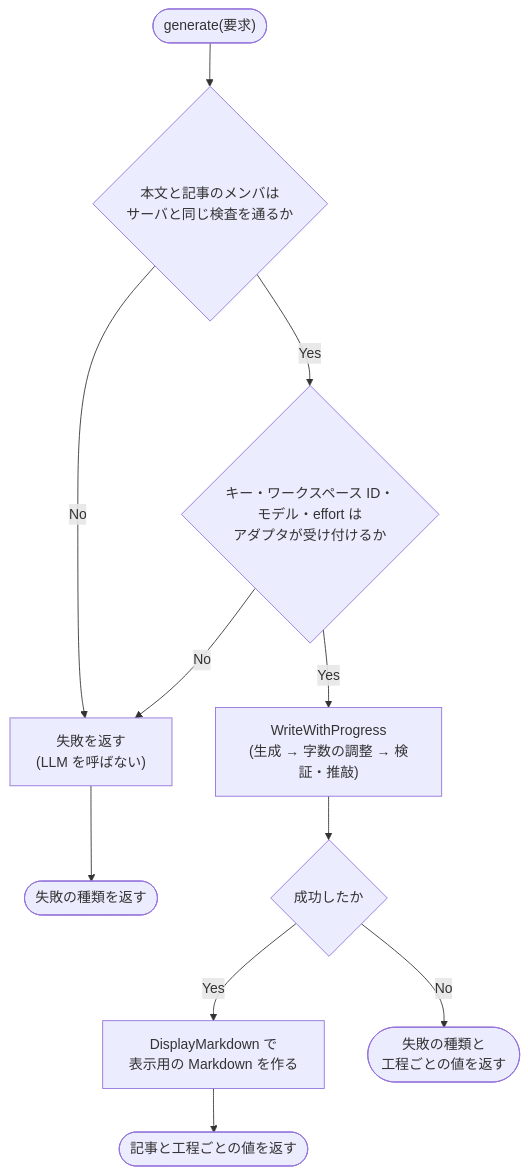
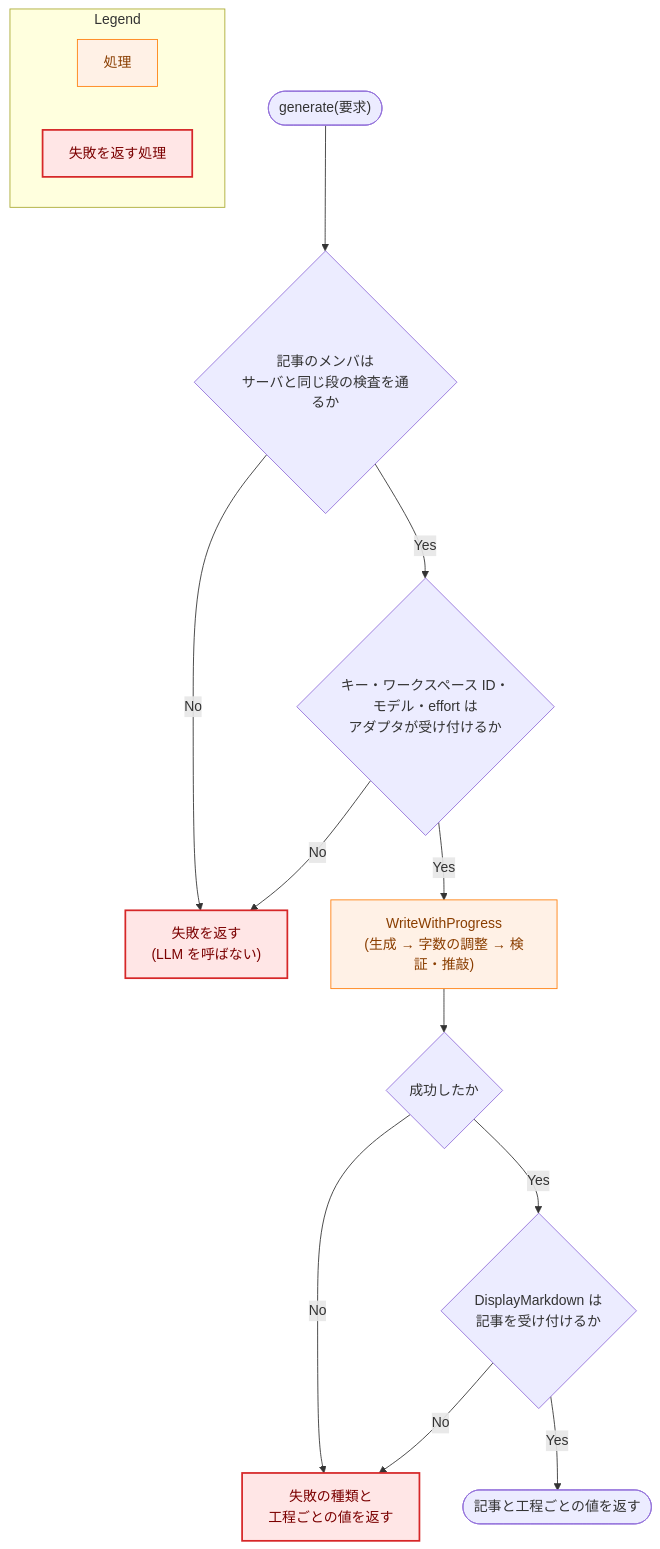
One commit to isseis/yt2column changed the seventh of 8 diagrams in docs/tasks/0084_wasm_pipeline_poc/02_architecture.md. Above: the diagram before and after it, drawn with Mermaid. The commit also changed other lines of this file and 2 other files, not shown here.

First line of the commit message:
docs(0084): address the architecture review and the Japanese prose pass

````diff
--- a/docs/tasks/0084_wasm_pipeline_poc/02_architecture.md
+++ b/docs/tasks/0084_wasm_pipeline_poc/02_architecture.md
@@ -570,13 +736,26 @@
 ```mermaid
 flowchart TD
-    Start(["generate(要求)"]) --> Body{"本文と記事のメンバは<br>サーバと同じ検査を通るか"}
+    classDef process fill:#fff1e6,stroke:#ff7f0e,stroke-width:1px,color:#8a3e00;
+    classDef problem fill:#ffe6e6,stroke:#d62728,stroke-width:2px,color:#7b0000;
+
+    Start(["generate(要求)"]) --> Body{"記事のメンバは<br>サーバと同じ段の検査を通るか"}
     Body -->|"No"| Reject["失敗を返す<br>(LLM を呼ばない)"]
     Body -->|"Yes"| Cfg{"キー・ワークスペース ID・<br>モデル・effort は<br>アダプタが受け付けるか"}
     Cfg -->|"No"| Reject
     Cfg -->|"Yes"| Write["WriteWithProgress<br>(生成 → 字数の調整 → 検証・推敲)"]
     Write --> Ok{"成功したか"}
-    Ok -->|"Yes"| Md["DisplayMarkdown で<br>表示用の Markdown を作る"]
-    Md --> Done(["記事と工程ごとの値を返す"])
-    Ok -->|"No"| Fail(["失敗の種類と<br>工程ごとの値を返す"])
-    Reject --> End(["失敗の種類を返す"])
+    Ok -->|"No"| Fail["失敗の種類と<br>工程ごとの値を返す"]
+    Ok -->|"Yes"| Md{"DisplayMarkdown は<br>記事を受け付けるか"}
+    Md -->|"No"| Fail
+    Md -->|"Yes"| Done(["記事と工程ごとの値を返す"])
+
+    class Write process
+    class Reject,Fail problem
+
+    subgraph Legend["Legend"]
+        L1["処理"]
+        L2["失敗を返す処理"]
+    end
+    class L1 process
+    class L2 problem
 ```
````
